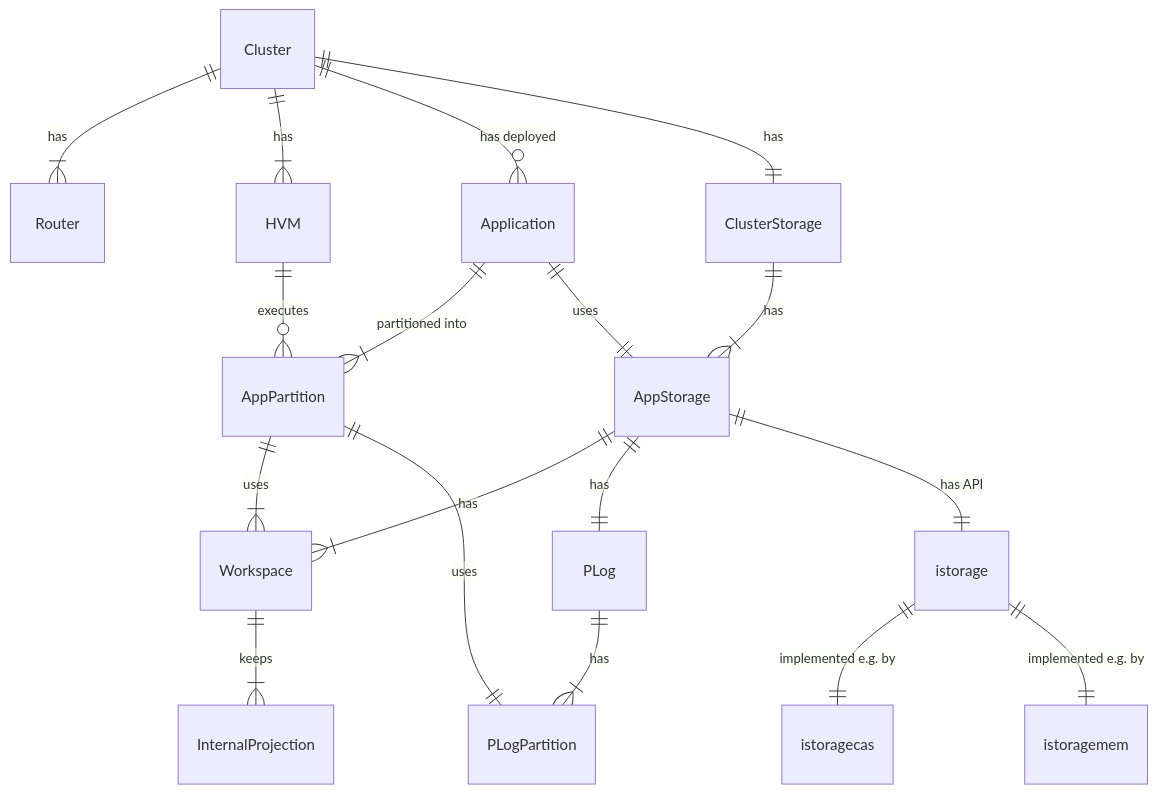
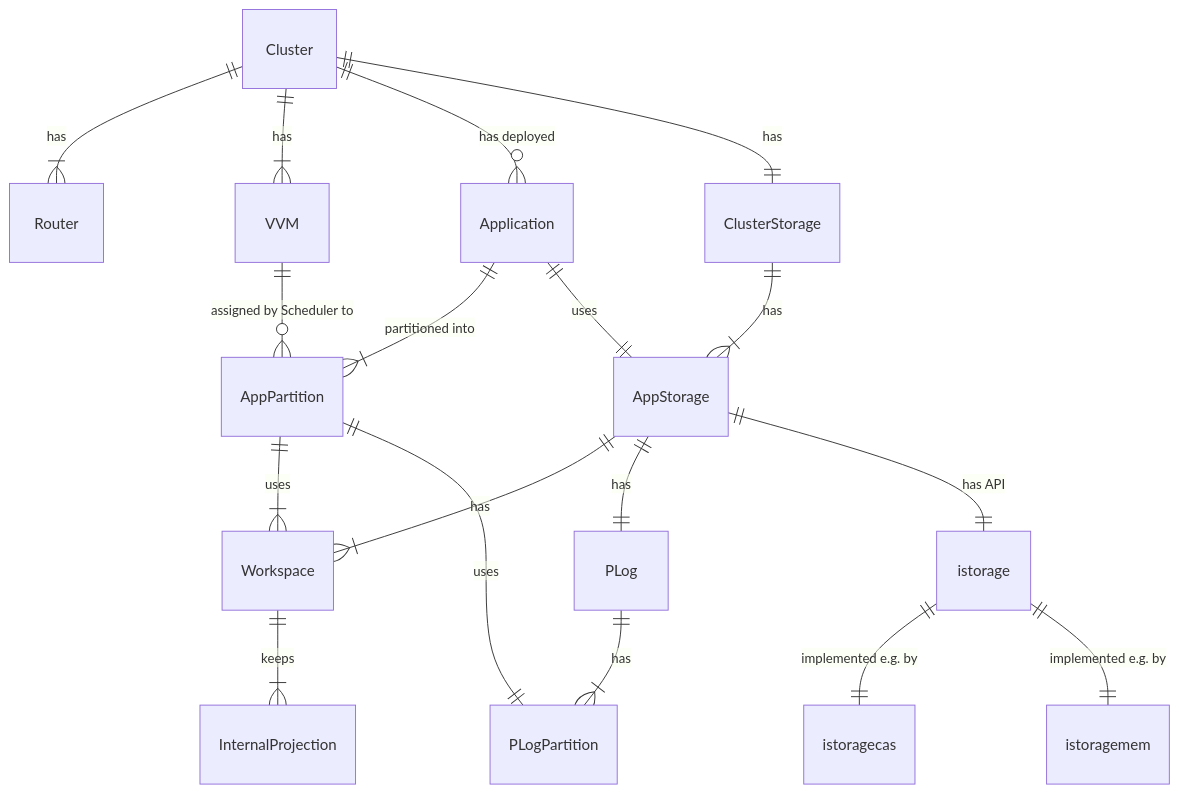
The third of 15 diagrams in design/README.md (voedger/voedger), drawn with Mermaid before and after one commit. The commit also changed other lines of this file and 1 other file, not shown here.

````diff
--- a/design/README.md
+++ b/design/README.md
@@ -130,28 +92,25 @@
 ```mermaid
     erDiagram
     Cluster ||--|{ Router : has
-    Cluster ||--|{ HVM : has
+    Cluster ||--|{ VVM : has
     Cluster ||--o{ Application : "has deployed"
     Cluster ||--|| ClusterStorage : has
     ClusterStorage ||--|{ AppStorage : has
 
     Application ||--|{ AppPartition : "partitioned into"
     Application ||--|| AppStorage : "uses"
     AppPartition ||--|{ Workspace : "uses"
     AppPartition ||--|| PLogPartition : "uses"
 
     AppStorage ||--|{ Workspace: has
     AppStorage ||--|| PLog: has
 
     AppStorage ||--|| istorage: "has API"
     istorage ||--|| istoragecas : "implemented e.g. by"
     istorage ||--|| istoragemem : "implemented e.g. by"
 
     Workspace ||--|{ InternalProjection: keeps
     PLog ||--|{ PLogPartition : has
 
-
-
-    HVM ||--o{ AppPartition : executes
-
+    VVM ||--o{ AppPartition : "assigned by Scheduler to"
 ```
````
